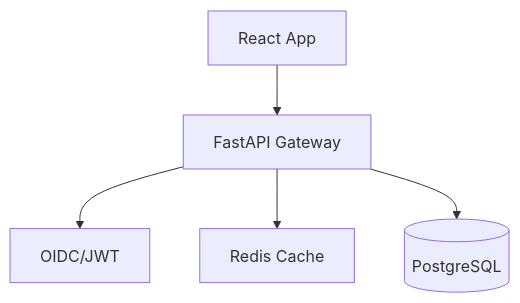
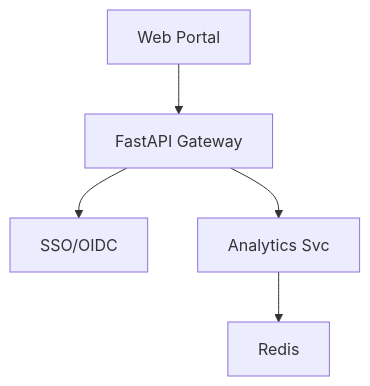
Before and after one commit to Devopstrio/identity-security-scorecard: diagram 15 of 30 in README.md, drawn with Mermaid. The commit also changed other lines of this file, not shown here.

Commit message:
docs: finalize premium institutional-grade README with 30+ diagrams and executive summary

````diff
--- a/README.md
+++ b/README.md
@@ -225,7 +224,7 @@
 ```mermaid
 graph TD
-    Client[React App] --> API[FastAPI Gateway]
-    API --> Auth[OIDC/JWT]
-    API --> Cache[Redis Cache]
-    API --> DB[(PostgreSQL)]
+    Portal[Web Portal] --> API[FastAPI Gateway]
+    API --> Auth[SSO/OIDC]
+    API --> Service[Analytics Svc]
+    Service --> Cache[Redis]
 ```
````
